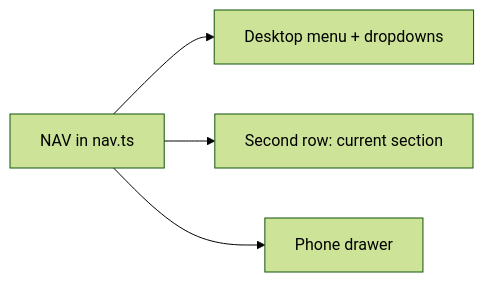
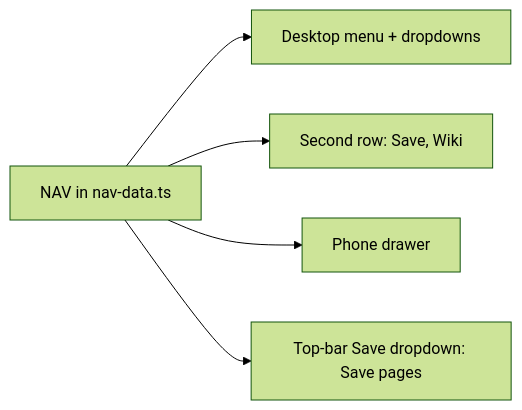
One commit to titaniteChuck/merchant-rpg-simulator changed the second of 3 diagrams in docs/tooling/website/website.md. Above: the diagram before and after it, drawn with Mermaid (forest theme). The commit also changed other lines of this file and 13 other files, not shown here.

Commit message:
U44: menus: Save pages inside the save dropdown (no separate Save entry), CSV export with All first (one combined file), Battle entry opens its dropdown only, no chip row on the Battle pages

````diff
--- a/docs/tooling/website/website.md
+++ b/docs/tooling/website/website.md
@@ -1184,6 +1190,7 @@
 ```mermaid
 flowchart LR
-  N[NAV in nav.ts] --> D[Desktop menu + dropdowns]
-  N --> R[Second row: current section]
+  N[NAV in nav-data.ts] --> D[Desktop menu + dropdowns]
+  N --> R[Second row: Save, Wiki]
   N --> M[Phone drawer]
+  N --> S[Top-bar Save dropdown: Save pages]
 ```
````
